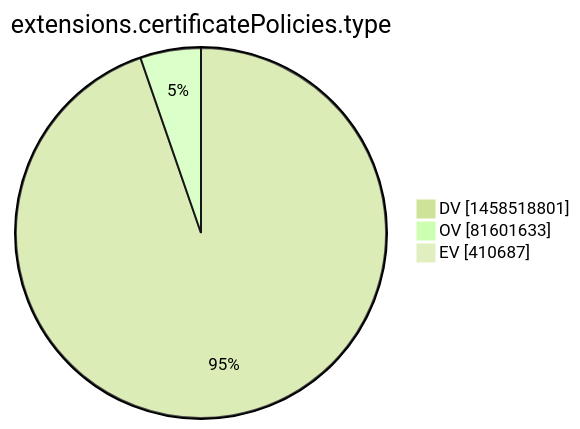
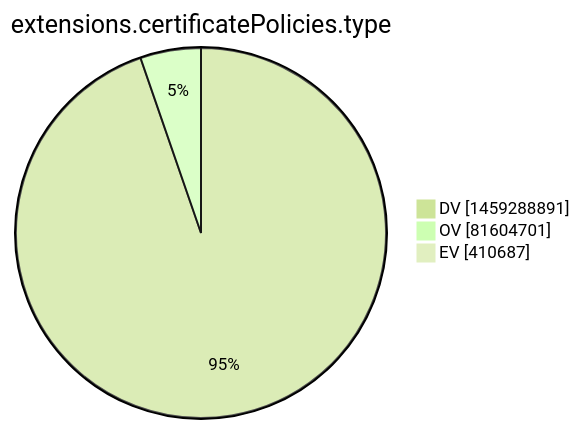
The tenth of 15 diagrams in xenon2022/README.md (christiankrug/ctmonitor_visualization), drawn with Mermaid (forest theme) before and after one commit. The commit also changed other lines of this file, not shown here.

````diff
--- a/xenon2022/README.md
+++ b/xenon2022/README.md
@@ -2870,7 +2870,7 @@
 ```mermaid
 pie showData
 title extensions.certificatePolicies.type
-"DV" :1458518801
-"OV" :81601633
+"DV" :1459288891
+"OV" :81604701
 "EV" :410687
 ```
````
